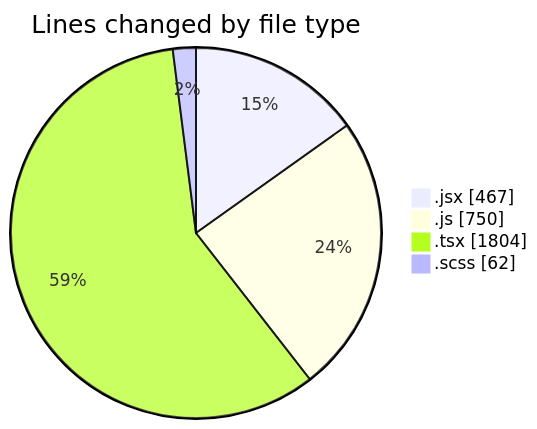
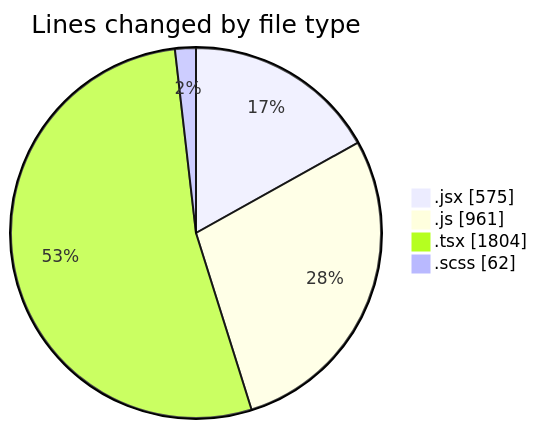
One commit to momahboobian/code-tracking changed the first of 2 diagrams in 2026-02-12/cda/README.md. Above: the diagram before and after it, drawn with Mermaid. The commit also changed other lines of this file and 1 other file, not shown here.

````diff
--- a/2026-02-12/cda/README.md
+++ b/2026-02-12/cda/README.md
@@ -27,8 +29,8 @@
 ```mermaid
 pie showData
 title Lines changed by file type
-".jsx" : 467
-".js" : 750
+".jsx" : 575
+".js" : 961
 ".tsx" : 1804
 ".scss" : 62
 ```
````
